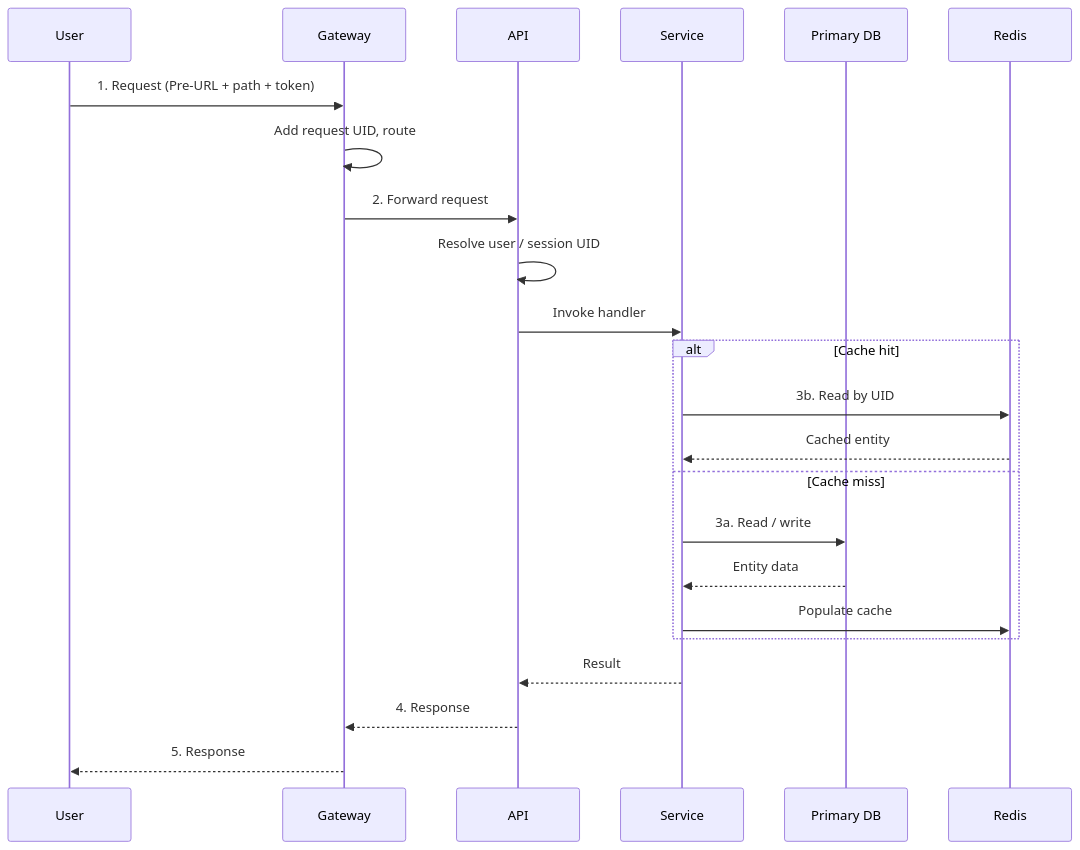
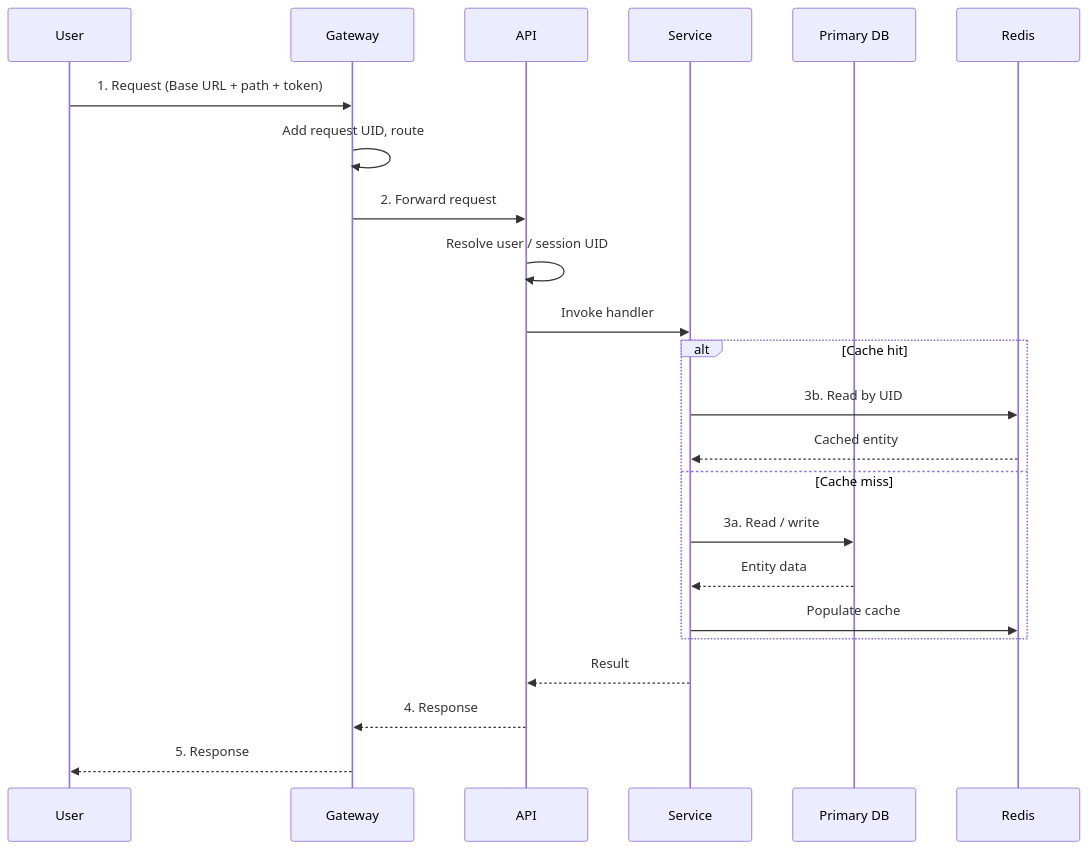
The second of 17 diagrams in HLD/HLD-LLD-Complete-Document.md (RohanYadav1812/system-design), drawn with Mermaid before and after one commit. The commit also changed other lines of this file, not shown here.

Commit message:
Document pre-signed URLs, S3/Azure Blob usage, and Base URL distinction in HLD/LLD doc

````diff
--- a/HLD/HLD-LLD-Complete-Document.md
+++ b/HLD/HLD-LLD-Complete-Document.md
@@ -114,26 +114,26 @@
 ```mermaid
 sequenceDiagram
     participant User
     participant Gateway
     participant API
     participant SVC as Service
     participant DB as Primary DB
     participant Redis
 
-    User->>Gateway: 1. Request (Pre-URL + path + token)
+    User->>Gateway: 1. Request (Base URL + path + token)
     Gateway->>Gateway: Add request UID, route
     Gateway->>API: 2. Forward request
     API->>API: Resolve user / session UID
     API->>SVC: Invoke handler
     alt Cache hit
         SVC->>Redis: 3b. Read by UID
         Redis-->>SVC: Cached entity
     else Cache miss
         SVC->>DB: 3a. Read / write
         DB-->>SVC: Entity data
         SVC->>Redis: Populate cache
     end
     SVC-->>API: Result
     API-->>Gateway: 4. Response
     Gateway-->>User: 5. Response
 ```
````
